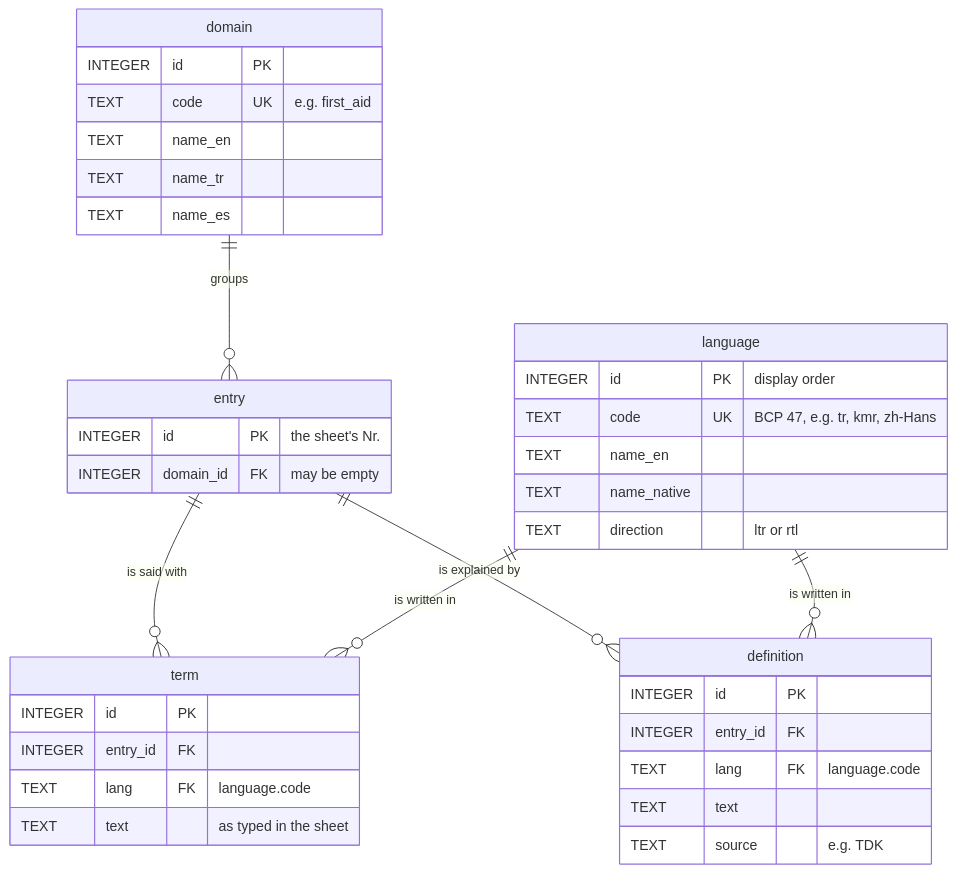
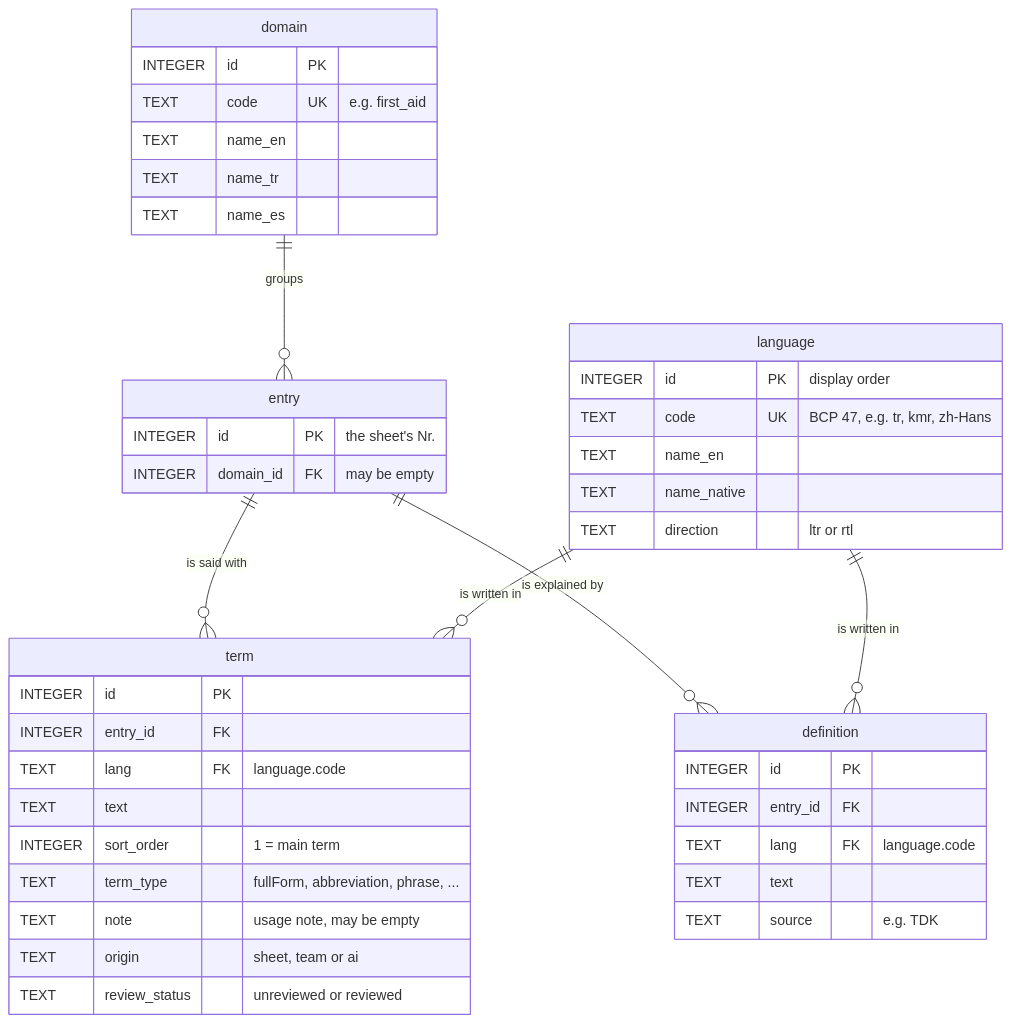
One commit to ysfztpp/TermQuake changed the diagram in docs/DATA_MODEL.md. Above: the diagram before and after it, drawn with Mermaid. The commit also changed other lines of this file and 17 other files, not shown here.

First line of the commit message:
Schema v4: one row per term; website shows the selected pair

````diff
--- a/docs/DATA_MODEL.md
+++ b/docs/DATA_MODEL.md
@@ -7,41 +7,46 @@
 ```mermaid
 erDiagram
     domain   ||--o{ entry : "groups"
     entry    ||--o{ term : "is said with"
     entry    ||--o{ definition : "is explained by"
     language ||--o{ term : "is written in"
     language ||--o{ definition : "is written in"
 
     language {
         INTEGER id PK "display order"
         TEXT code UK "BCP 47, e.g. tr, kmr, zh-Hans"
         TEXT name_en
         TEXT name_native
         TEXT direction "ltr or rtl"
     }
 
     domain {
         INTEGER id PK
         TEXT code UK "e.g. first_aid"
         TEXT name_en
         TEXT name_tr
         TEXT name_es
     }
     entry {
         INTEGER id PK "the sheet's Nr."
         INTEGER domain_id FK "may be empty"
     }
     term {
         INTEGER id PK
         INTEGER entry_id FK
         TEXT lang FK "language.code"
-        TEXT text "as typed in the sheet"
+        TEXT text
+        INTEGER sort_order "1 = main term"
+        TEXT term_type "fullForm, abbreviation, phrase, ..."
+        TEXT note "usage note, may be empty"
+        TEXT origin "sheet, team or ai"
+        TEXT review_status "unreviewed or reviewed"
     }
     definition {
         INTEGER id PK
         INTEGER entry_id FK
         TEXT lang FK "language.code"
         TEXT text
         TEXT source "e.g. TDK"
     }
 ```
````
